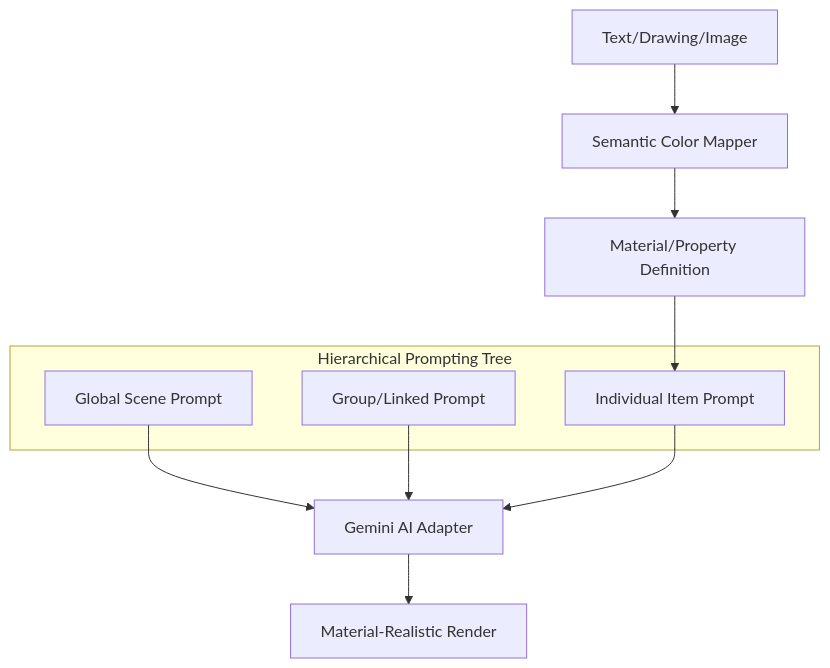
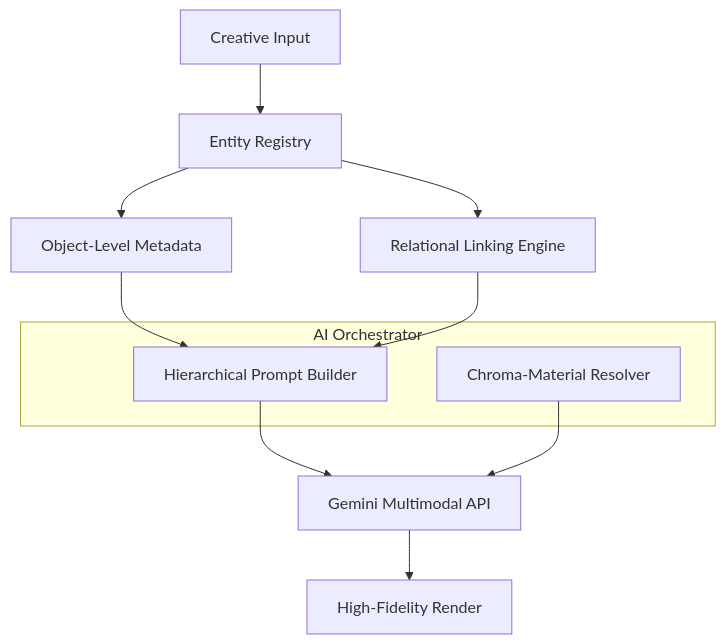
The diagram in ARCHITECTURE.md (JoelBeja2000/OveShop), drawn with Mermaid before and after one commit. The commit also changed other lines of this file and 2 other files, not shown here.

Commit message:
[AI] Advanced Documentation: Relational AI & Massive Orchestration #ai-history

````diff
--- a/ARCHITECTURE.md
+++ b/ARCHITECTURE.md
@@ -30,15 +23,15 @@
 ```mermaid
 graph TD
-    UserInput[Text/Drawing/Image] --> ColorMap[Semantic Color Mapper]
-    ColorMap --> MaterialDef[Material/Property Definition]
+    UI[Creative Input] --> Registry[Entity Registry]
+    Registry --> Meta[Object-Level Metadata]
+    Registry --> Relation[Relational Linking Engine]
     
-    subgraph PromptTree[Hierarchical Prompting Tree]
-        GlobalP[Global Scene Prompt]
-        GroupP[Group/Linked Prompt]
-        ItemP[Individual Item Prompt]
+    subgraph SynthesisEngine[AI Orchestrator]
+        HPA[Hierarchical Prompt Builder]
+        Chroma[Chroma-Material Resolver]
     end
     
-    MaterialDef --> ItemP
-    GlobalP & GroupP & ItemP --> GeminiAdapter[Gemini AI Adapter]
-    GeminiAdapter --> FinalRender[Material-Realistic Render]
+    Meta & Relation --> HPA
+    HPA & Chroma --> Gemini[Gemini Multimodal API]
+    Gemini --> Render[High-Fidelity Render]
 ```
````
